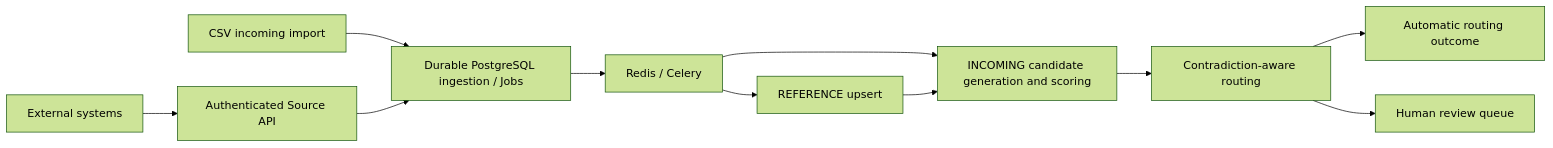
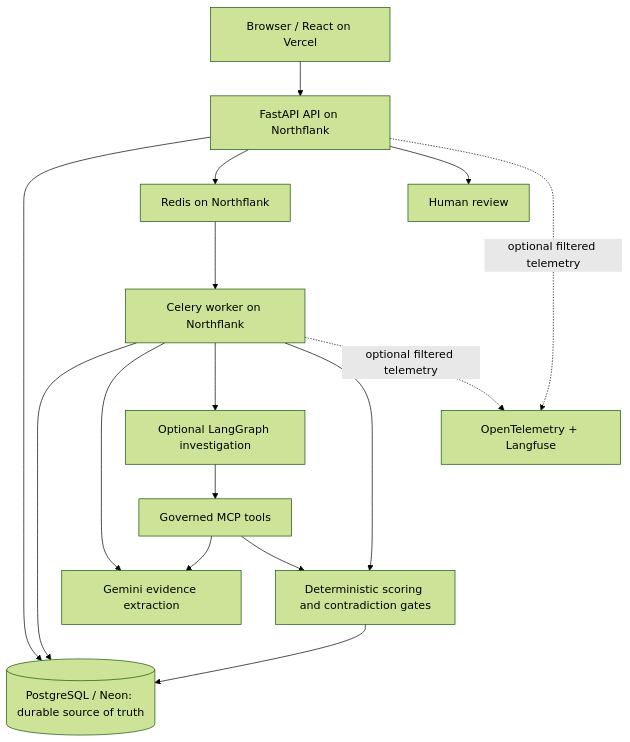
The diagram in README.md (farazkhan-05/contact-resolution-workbench), drawn with Mermaid (forest theme) before and after one commit. The commit also changed other lines of this file and 11 other files, not shown here.

````diff
--- a/README.md
+++ b/README.md
@@ -61,13 +61,18 @@
 ```mermaid
-flowchart LR
-    External[External systems] --> Source[Authenticated Source API]
-    CSV[CSV incoming import] --> Jobs[Durable PostgreSQL ingestion / Jobs]
-    Source --> Jobs
-    Jobs --> Queue[Redis / Celery]
-    Queue --> Reference[REFERENCE upsert]
-    Queue --> Resolve[INCOMING candidate generation and scoring]
-    Reference --> Resolve
-    Resolve --> Gates[Contradiction-aware routing]
-    Gates --> Outcome[Automatic routing outcome]
-    Gates --> Review[Human review queue]
+flowchart TD
+    Browser[Browser / React on Vercel] --> API[FastAPI API on Northflank]
+    API --> DB[(PostgreSQL / Neon: durable source of truth)]
+    API --> Queue[Redis on Northflank]
+    Queue --> Worker[Celery worker on Northflank]
+    Worker --> DB
+    Worker --> Gemini[Gemini evidence extraction]
+    Worker --> Graph[Optional LangGraph investigation]
+    Graph --> MCP[Governed MCP tools]
+    MCP --> Gemini
+    MCP --> Rules[Deterministic scoring and contradiction gates]
+    Worker --> Rules
+    Rules --> DB
+    API --> Review[Human review]
+    API -. optional filtered telemetry .-> OTel[OpenTelemetry + Langfuse]
+    Worker -. optional filtered telemetry .-> OTel
 ```
````
